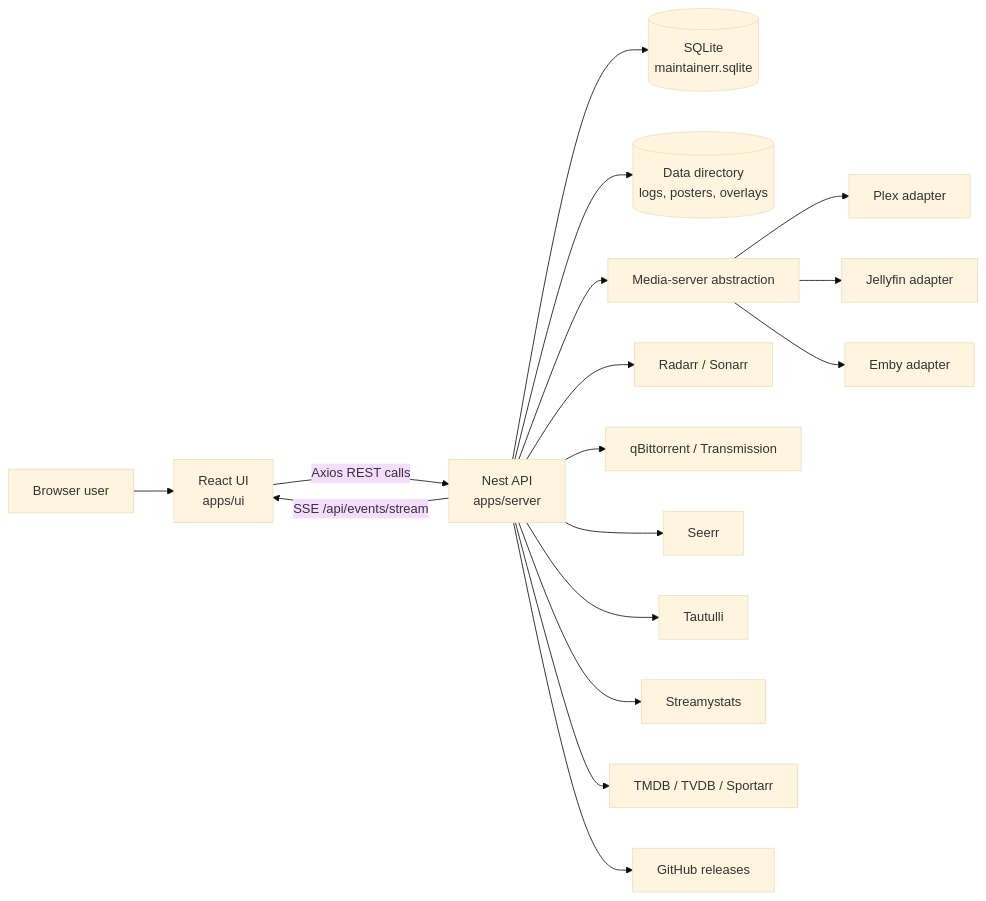
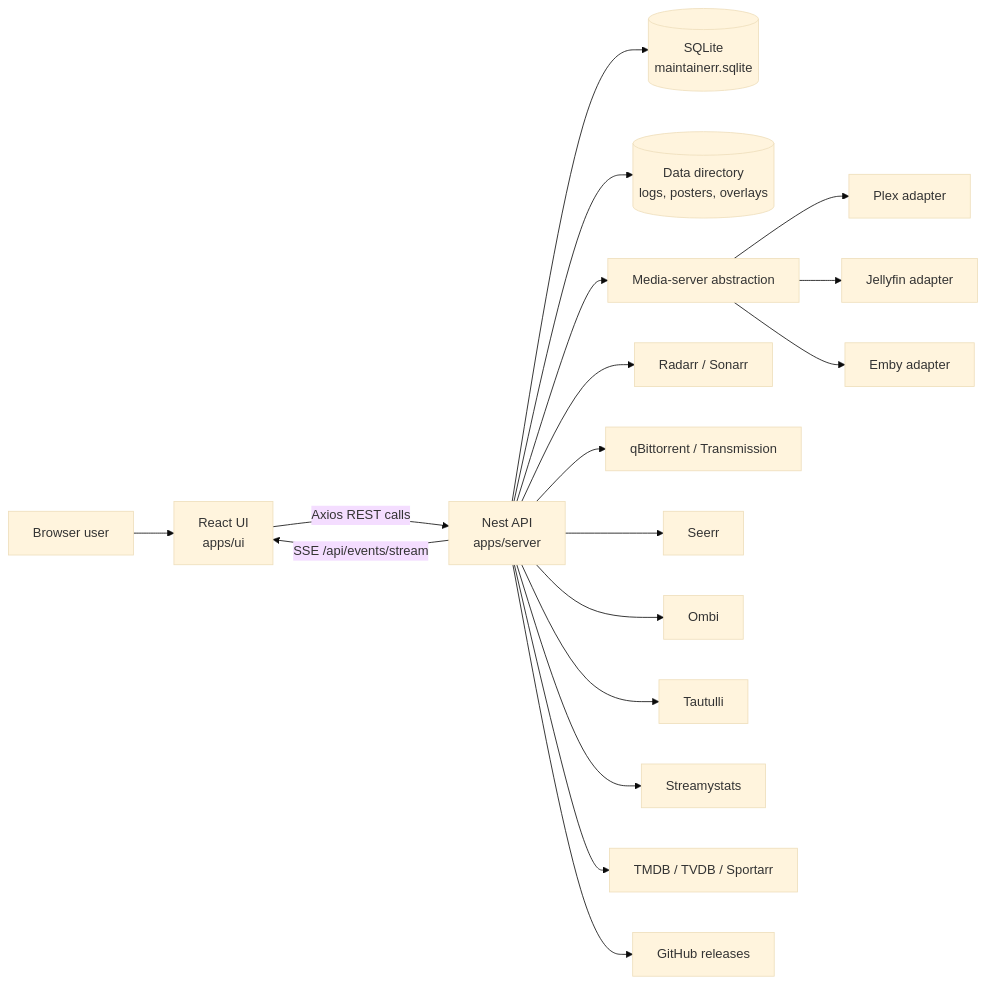
The diagram in ARCHITECTURE.md (Maintainerr/Maintainerr), drawn with Mermaid (base theme) before and after one commit. The commit also changed other lines of this file and 76 other files, not shown here.

````diff
--- a/ARCHITECTURE.md
+++ b/ARCHITECTURE.md
@@ -40,19 +40,20 @@
 ```mermaid
 flowchart LR
   User["Browser user"] --> UI["React UI<br/>apps/ui"]
   UI -->|"Axios REST calls"| API["Nest API<br/>apps/server"]
   API -->|"SSE /api/events/stream"| UI
   API --> DB[("SQLite<br/>maintainerr.sqlite")]
   API --> Data[("Data directory<br/>logs, posters, overlays")]
   API --> Media["Media-server abstraction"]
   Media --> Plex["Plex adapter"]
   Media --> Jellyfin["Jellyfin adapter"]
   Media --> Emby["Emby adapter"]
   API --> Servarr["Radarr / Sonarr"]
   API --> DownloadClients["qBittorrent / Transmission"]
   API --> Seerr["Seerr"]
+  API --> Ombi["Ombi"]
   API --> Tautulli["Tautulli"]
   API --> Streamystats["Streamystats"]
   API --> Metadata["TMDB / TVDB / Sportarr"]
   API --> GitHub["GitHub releases"]
 ```
````
